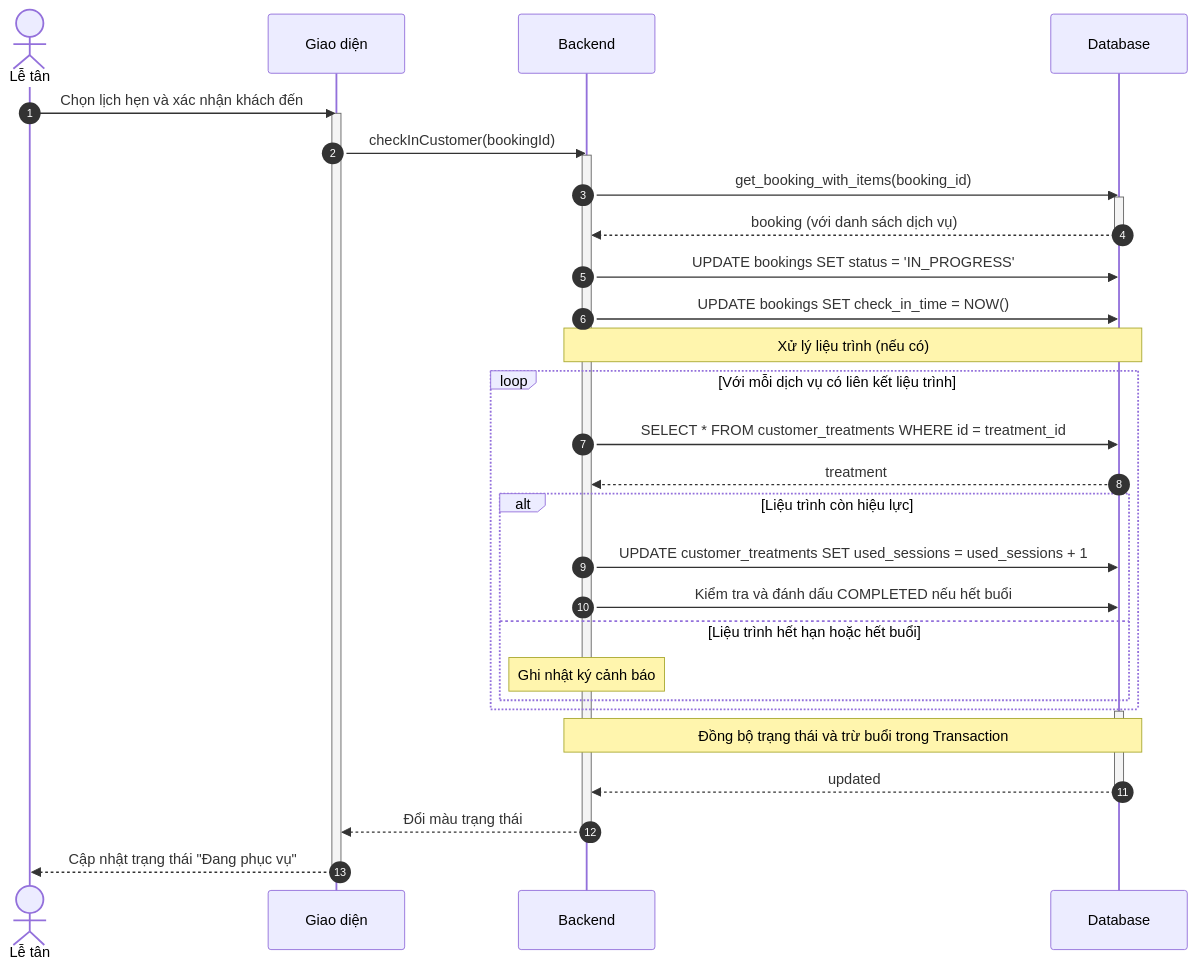
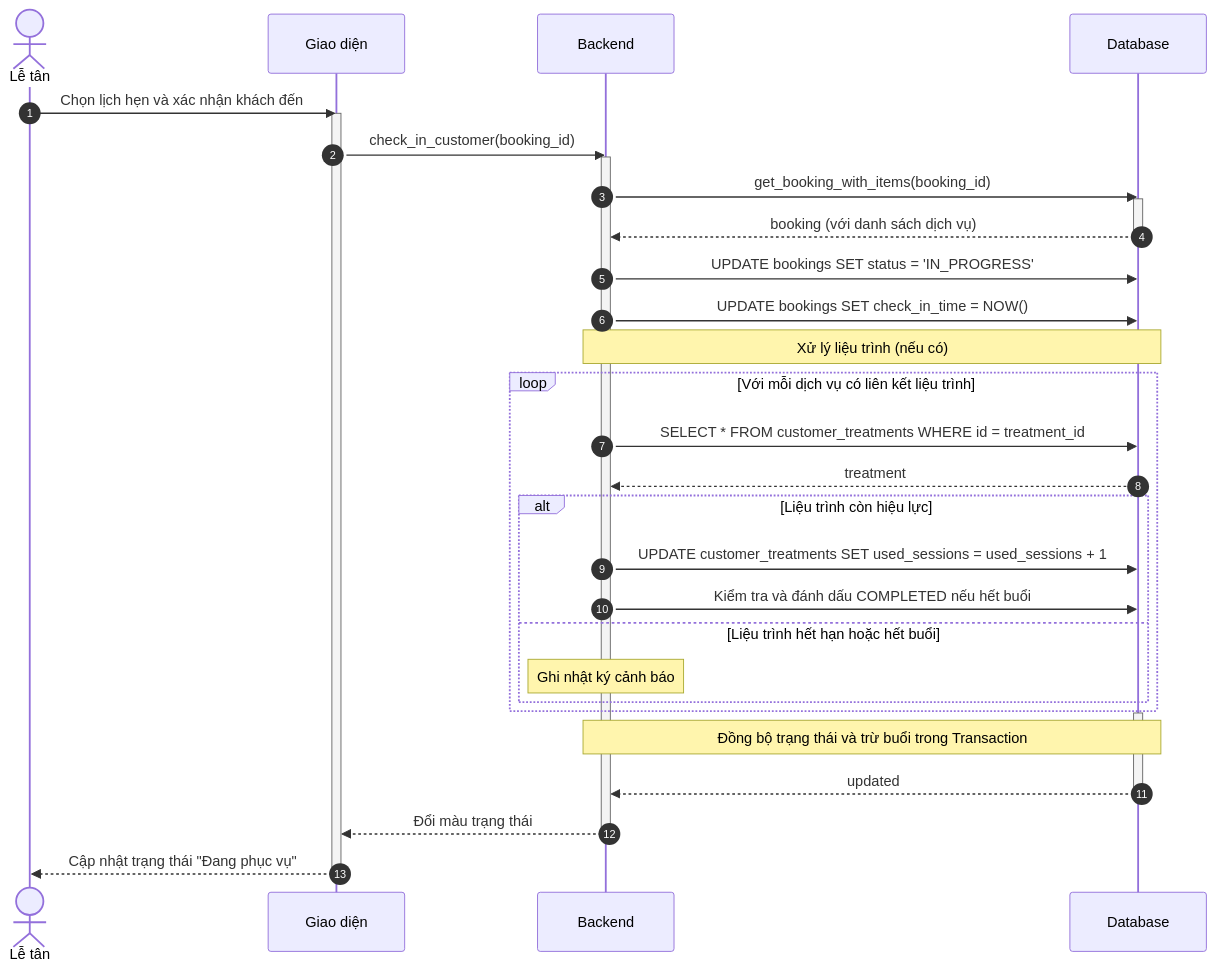
One commit to ngoctinn/Synapse changed the fourth of 8 diagrams in docs/design/sequences/receptionist_flows.md. Above: the diagram before and after it, drawn with Mermaid. The commit also changed other lines of this file and 4 other files, not shown here.

Commit message:
docs: Add activity and sequence diagrams for authentication, customer, receptionist, and technician flows.

````diff
--- a/docs/design/sequences/receptionist_flows.md
+++ b/docs/design/sequences/receptionist_flows.md
@@ -135,44 +135,44 @@
 ```mermaid
 sequenceDiagram
     autonumber
     actor LT as Lễ tân
     participant UI as Giao diện
     participant BE as Backend
     participant DB as Database
 
     LT->>UI: Chọn lịch hẹn và xác nhận khách đến
     activate UI
-    UI->>BE: checkInCustomer(bookingId)
+    UI->>BE: check_in_customer(booking_id)
     activate BE
 
     BE->>DB: get_booking_with_items(booking_id)
     activate DB
     DB-->>BE: booking (với danh sách dịch vụ)
     deactivate DB
 
     BE->>DB: UPDATE bookings SET status = 'IN_PROGRESS'
     BE->>DB: UPDATE bookings SET check_in_time = NOW()
 
     Note over BE,DB: Xử lý liệu trình (nếu có)
     loop Với mỗi dịch vụ có liên kết liệu trình
         BE->>DB: SELECT * FROM customer_treatments WHERE id = treatment_id
         DB-->>BE: treatment
         alt Liệu trình còn hiệu lực
             BE->>DB: UPDATE customer_treatments SET used_sessions = used_sessions + 1
             BE->>DB: Kiểm tra và đánh dấu COMPLETED nếu hết buổi
         else Liệu trình hết hạn hoặc hết buổi
             Note over BE: Ghi nhật ký cảnh báo
         end
     end
 
     activate DB
     Note over BE,DB: Đồng bộ trạng thái và trừ buổi trong Transaction
     DB-->>BE: updated
     deactivate DB
 
     BE-->>UI: Đổi màu trạng thái
     deactivate BE
 
     UI-->>LT: Cập nhật trạng thái "Đang phục vụ"
     deactivate UI
 ```
````
